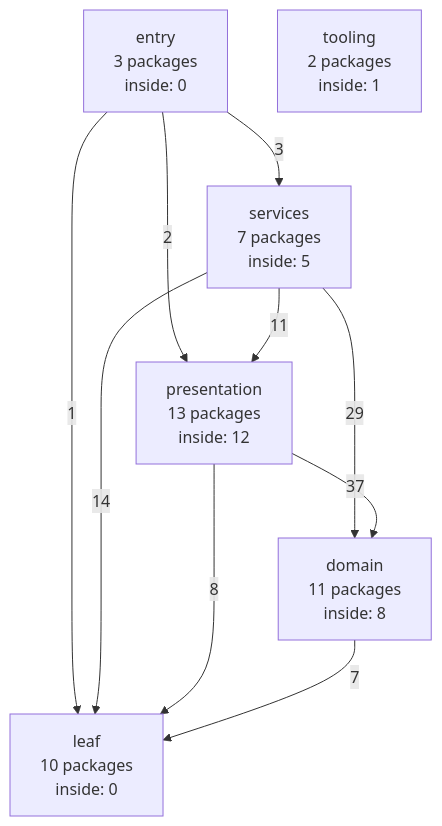
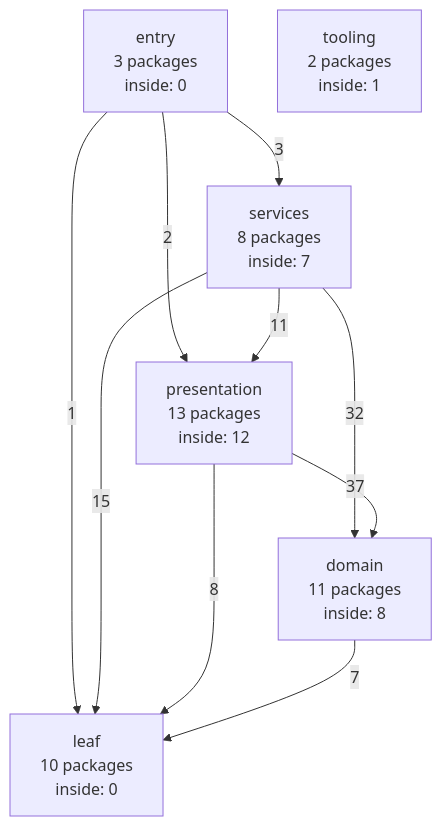
The diagram in docs/internals/generated/package-graph.md (ladydascalie/dm), drawn with Mermaid before and after one commit. The commit also changed other lines of this file and 10 other files, not shown here.

````diff
--- a/docs/internals/generated/package-graph.md
+++ b/docs/internals/generated/package-graph.md
@@ -58,18 +58,18 @@
 ```mermaid
 flowchart TD
   entry["entry<br/>3 packages<br/>inside: 0"]
-  services["services<br/>7 packages<br/>inside: 5"]
+  services["services<br/>8 packages<br/>inside: 7"]
   presentation["presentation<br/>13 packages<br/>inside: 12"]
   domain["domain<br/>11 packages<br/>inside: 8"]
   leaf["leaf<br/>10 packages<br/>inside: 0"]
   tooling["tooling<br/>2 packages<br/>inside: 1"]
   entry -->|3| services
   entry -->|2| presentation
   entry -->|1| leaf
   services -->|11| presentation
-  services -->|29| domain
-  services -->|14| leaf
+  services -->|32| domain
+  services -->|15| leaf
   presentation -->|37| domain
   presentation -->|8| leaf
   domain -->|7| leaf
 ```
````
